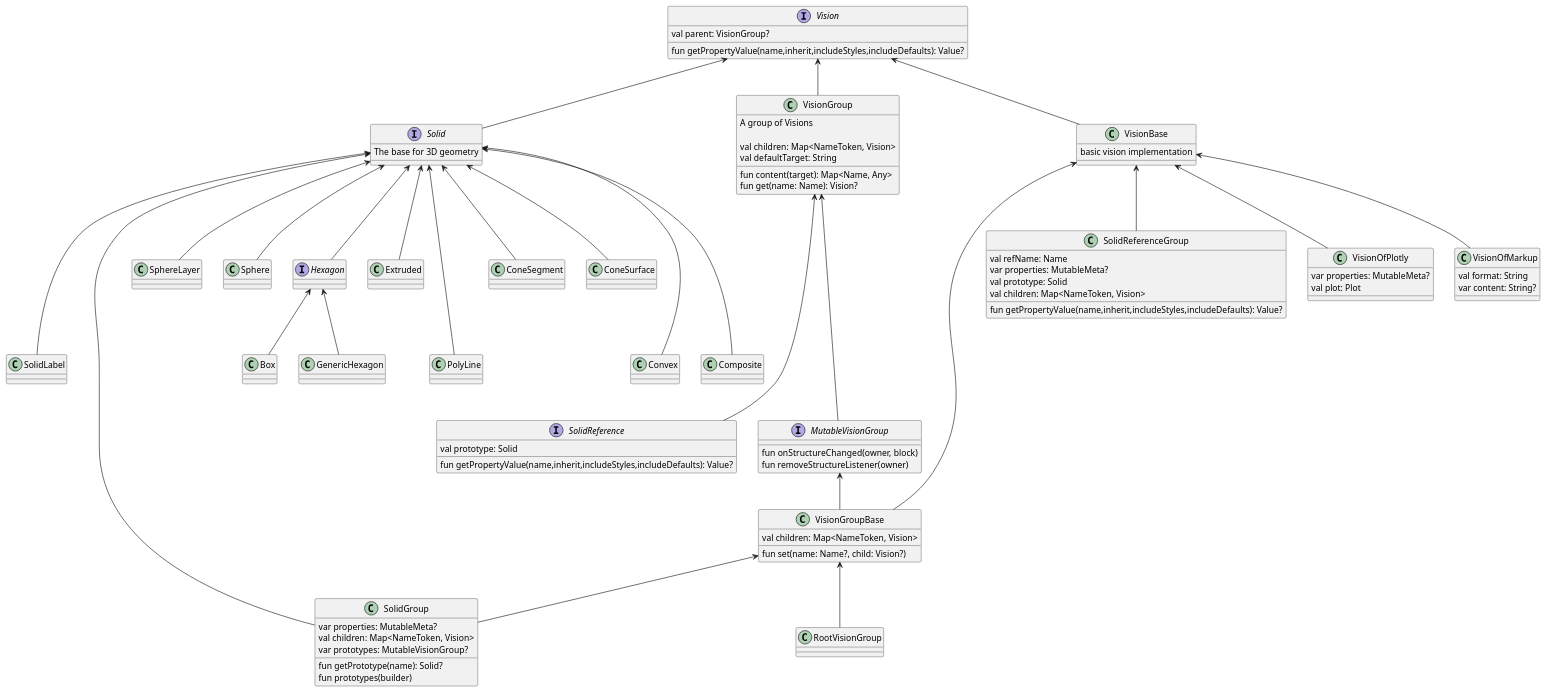
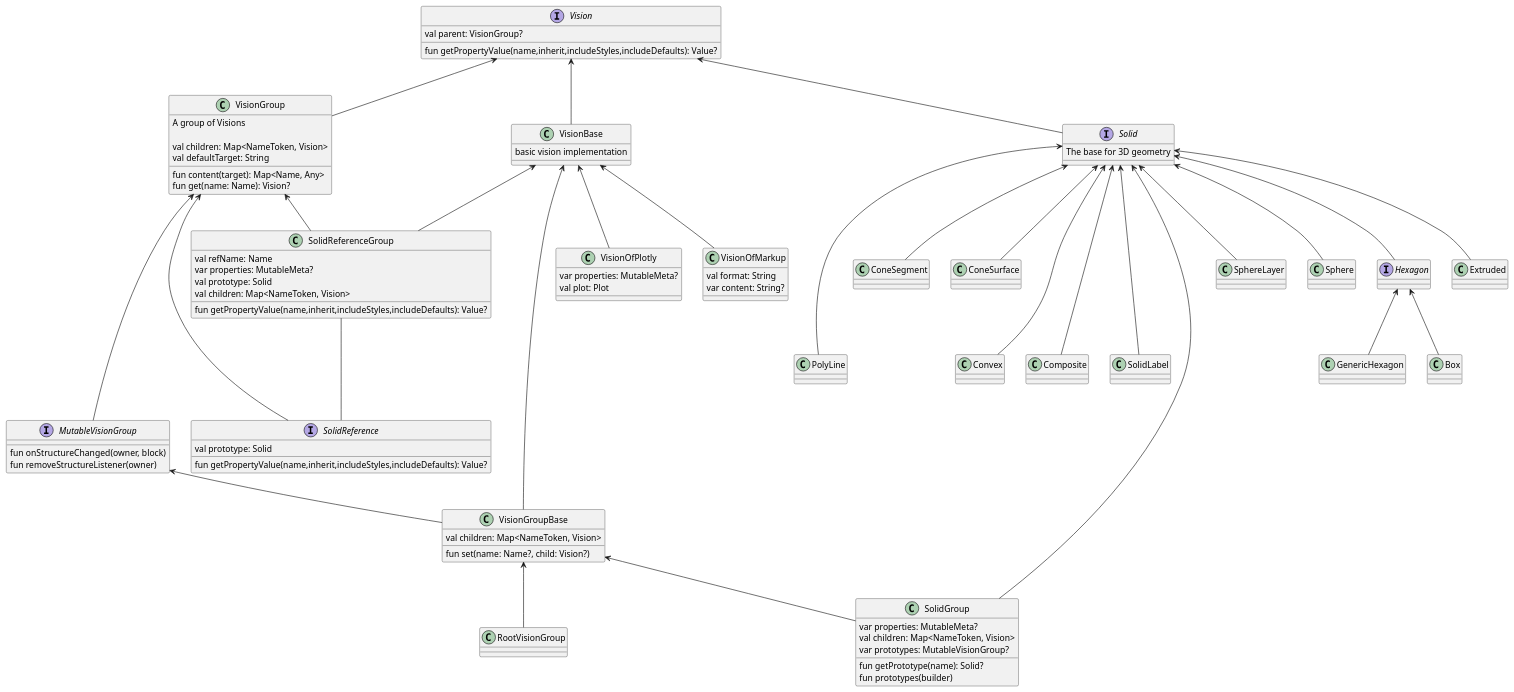
One commit to SciProgCentre/visionforge changed the diagram in docs/uml/Vision.puml. Above: the diagram before and after it, drawn with PlantUML. The commit also changed 5 other files, not shown here.

```diff
--- a/docs/uml/Vision.puml
+++ b/docs/uml/Vision.puml
@@ -1,124 +1,126 @@
 @startuml
 'https://plantuml.com/class-diagram
 
 interface Vision{
     val parent: VisionGroup?
     fun getPropertyValue(name,inherit,includeStyles,includeDefaults): Value?
 }
 
 interface Solid{
     The base for 3D geometry
 }
 Vision <-- Solid
 
 class VisionGroup{
     A group of Visions
 
     val children: Map<NameToken, Vision>
     val defaultTarget: String
 
     fun content(target): Map<Name, Any>
     fun get(name: Name): Vision?
 }
 Vision <-- VisionGroup
 
 class VisionBase{
     basic vision implementation
 }
 Vision <-- VisionBase
 
 
 class SolidLabel
 Solid <--- SolidLabel
 
 class SolidGroup{
     var properties: MutableMeta?
     val children: Map<NameToken, Vision>
     var prototypes: MutableVisionGroup?
 
     fun getPrototype(name): Solid?
     fun prototypes(builder)
 }
 Solid <--- SolidGroup
 VisionGroupBase <-- SolidGroup
 
 class SphereLayer
 Solid <-- SphereLayer
 
 class Sphere
 Solid <-- Sphere
 
 class Box
 Hexagon <-- Box
 
 class GenericHexagon
 Hexagon <-- GenericHexagon
 
 class Extruded
 Solid <-- Extruded
 
 
 class PolyLine
 Solid <--- PolyLine
 
 
 interface Hexagon
 Solid <-- Hexagon
 
 class ConeSegment
 Solid <-- ConeSegment
 
 class ConeSurface
 Solid <-- ConeSurface
 
 
 class Convex
 Solid <--- Convex
 
 class Composite
 Solid <--- Composite
 
 
 interface SolidReference{
     val prototype: Solid
     fun getPropertyValue(name,inherit,includeStyles,includeDefaults): Value?
 }
 VisionGroup <---- SolidReference
+SolidReferenceGroup -- SolidReference
 
 class SolidReferenceGroup{
     val refName: Name
     var properties: MutableMeta?
     val prototype: Solid
     val children: Map<NameToken, Vision>
     fun getPropertyValue(name,inherit,includeStyles,includeDefaults): Value?
 }
 VisionBase <-- SolidReferenceGroup
+VisionGroup <-- SolidReferenceGroup
 
 interface MutableVisionGroup{
     fun onStructureChanged(owner, block)
     fun removeStructureListener(owner)
 }
 VisionGroup <---- MutableVisionGroup
 
 class VisionGroupBase{
     val children: Map<NameToken, Vision>
     fun set(name: Name?, child: Vision?)
 }
 VisionBase <-- VisionGroupBase
 MutableVisionGroup <-- VisionGroupBase
 
 class RootVisionGroup
 VisionGroupBase <-- RootVisionGroup
 
 class VisionOfPlotly{
      var properties: MutableMeta?
      val plot: Plot
 }
 VisionBase <-- VisionOfPlotly
 
 class VisionOfMarkup{
     val format: String
     var content: String?
 }
 VisionBase <-- VisionOfMarkup
 @enduml
```
